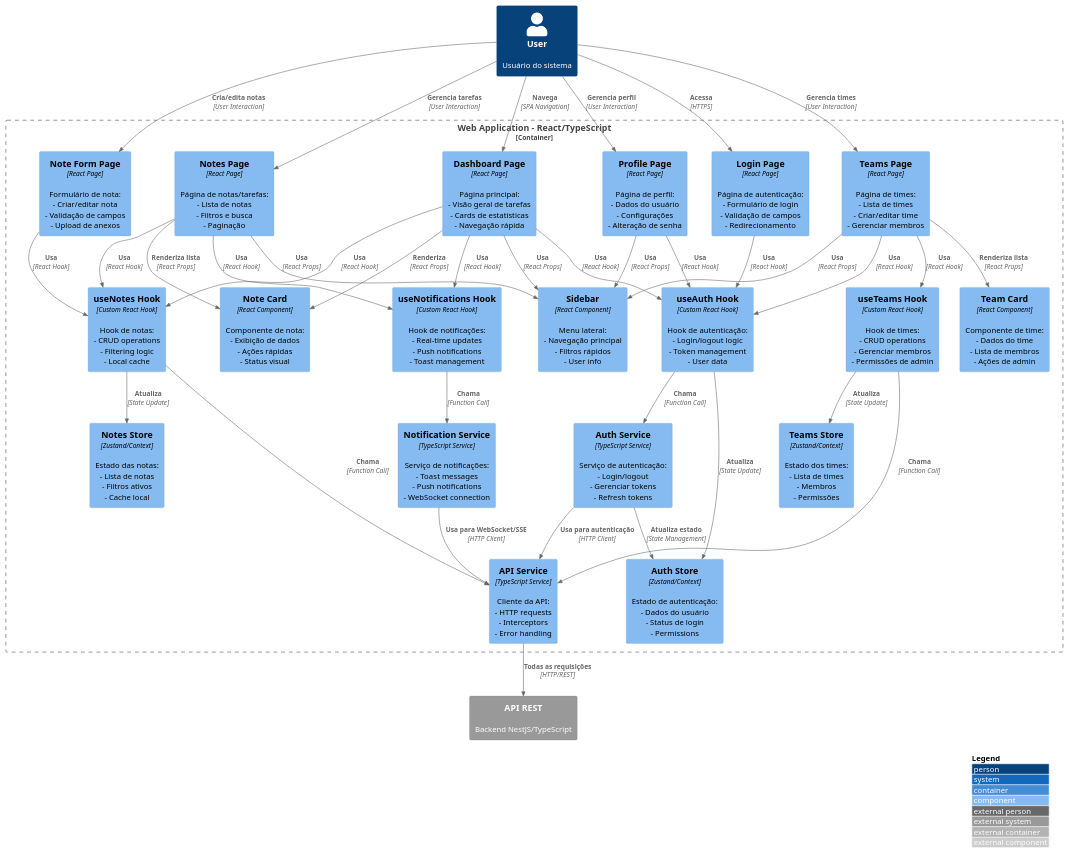
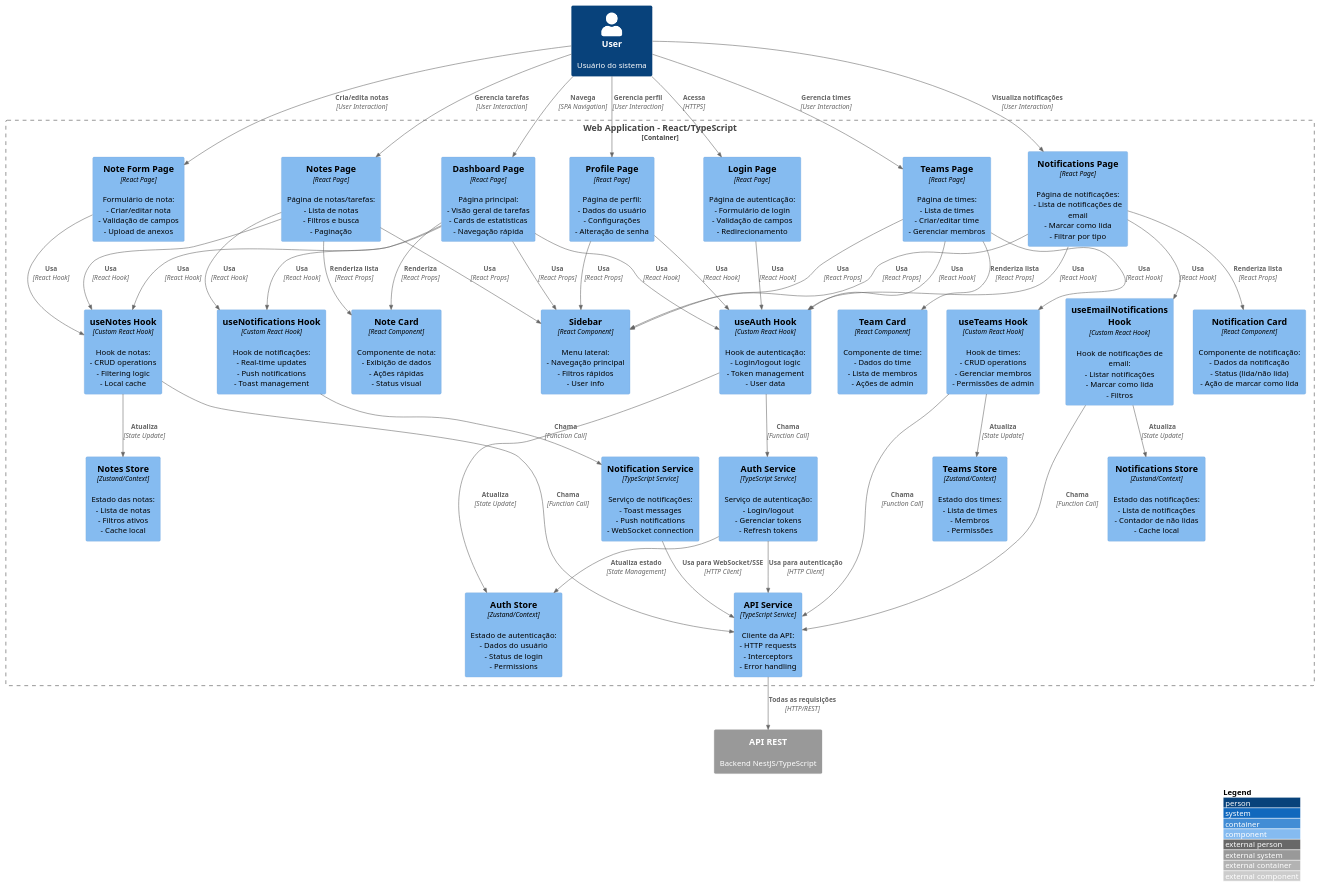
One commit to juliocesarfs/tjgo-projeto-software changed the diagram in diagramas c4/DIAGRAMA_C4_COMPONENT_WEB.puml. Above: the diagram before and after it, drawn with PlantUML. The commit also changed 2 other files, not shown here.

Commit message:
refactor diagrams

```diff
--- a/diagramas c4/DIAGRAMA_C4_COMPONENT_WEB.puml
+++ b/diagramas c4/DIAGRAMA_C4_COMPONENT_WEB.puml
@@ -1,141 +1,157 @@
 @startuml C4_Component_ControlTasks_WebApp
 
 !include https://raw.githubusercontent.com/plantuml-stdlib/C4-PlantUML/master/C4_Component.puml
 
 ' ============================================================================
 ' COMPONENT DIAGRAM - Level 3
 ' Control Tasks Web Application - Componentes React/TypeScript
 ' ============================================================================
 
 LAYOUT_WITH_LEGEND()
 
 Person(userPerson, "User", "Usuário do sistema")
 System_Ext(apiRest, "API REST", "Backend NestJS/TypeScript")
 
 Container_Boundary(webAppContainer, "Web Application - React/TypeScript") {
     
     ' ============================================================================
     ' LAYER: PAGES/ROUTES
     ' ============================================================================
     Component(loginPage, "Login Page", "React Page", "Página de autenticação:\n- Formulário de login\n- Validação de campos\n- Redirecionamento")
     
     Component(dashboardPage, "Dashboard Page", "React Page", "Página principal:\n- Visão geral de tarefas\n- Cards de estatísticas\n- Navegação rápida")
     
     Component(notesPage, "Notes Page", "React Page", "Página de notas/tarefas:\n- Lista de notas\n- Filtros e busca\n- Paginação")
     
     Component(noteFormPage, "Note Form Page", "React Page", "Formulário de nota:\n- Criar/editar nota\n- Validação de campos\n- Upload de anexos")
     
     Component(profilePage, "Profile Page", "React Page", "Página de perfil:\n- Dados do usuário\n- Configurações\n- Alteração de senha")
     
     Component(teamsPage, "Teams Page", "React Page", "Página de times:\n- Lista de times\n- Criar/editar time\n- Gerenciar membros")
+    
+    Component(notificationsPage, "Notifications Page", "React Page", "Página de notificações:\n- Lista de notificações de email\n- Marcar como lida\n- Filtrar por tipo")
 
     ' ============================================================================
     ' LAYER: COMPONENTS (UI)
     ' ============================================================================
     Component(noteCard, "Note Card", "React Component", "Componente de nota:\n- Exibição de dados\n- Ações rápidas\n- Status visual")
     
     Component(teamCard, "Team Card", "React Component", "Componente de time:\n- Dados do time\n- Lista de membros\n- Ações de admin")
+    
+    Component(notificationCard, "Notification Card", "React Component", "Componente de notificação:\n- Dados da notificação\n- Status (lida/não lida)\n- Ação de marcar como lida")
     
     Component(sidebar, "Sidebar", "React Component", "Menu lateral:\n- Navegação principal\n- Filtros rápidos\n- User info")
     
     ' ============================================================================
     ' LAYER: SERVICES
     ' ============================================================================
     Component(authService, "Auth Service", "TypeScript Service", "Serviço de autenticação:\n- Login/logout\n- Gerenciar tokens\n- Refresh tokens")
     
     Component(apiService, "API Service", "TypeScript Service", "Cliente da API:\n- HTTP requests\n- Interceptors\n- Error handling")
     
     Component(notificationService, "Notification Service", "TypeScript Service", "Serviço de notificações:\n- Toast messages\n- Push notifications\n- WebSocket connection")
 
     ' ============================================================================
     ' LAYER: STATE MANAGEMENT
     ' ============================================================================
     Component(authStore, "Auth Store", "Zustand/Context", "Estado de autenticação:\n- Dados do usuário\n- Status de login\n- Permissions")
     
     Component(notesStore, "Notes Store", "Zustand/Context", "Estado das notas:\n- Lista de notas\n- Filtros ativos\n- Cache local")
     
     Component(teamsStore, "Teams Store", "Zustand/Context", "Estado dos times:\n- Lista de times\n- Membros\n- Permissões")
     
+    Component(notificationsStore, "Notifications Store", "Zustand/Context", "Estado das notificações:\n- Lista de notificações\n- Contador de não lidas\n- Cache local")
+    
     ' ============================================================================
     ' LAYER: HOOKS
     ' ============================================================================
     Component(useAuth, "useAuth Hook", "Custom React Hook", "Hook de autenticação:\n- Login/logout logic\n- Token management\n- User data")
     
     Component(useNotes, "useNotes Hook", "Custom React Hook", "Hook de notas:\n- CRUD operations\n- Filtering logic\n- Local cache")
     
     Component(useNotifications, "useNotifications Hook", "Custom React Hook", "Hook de notificações:\n- Real-time updates\n- Push notifications\n- Toast management")
     
     Component(useTeams, "useTeams Hook", "Custom React Hook", "Hook de times:\n- CRUD operations\n- Gerenciar membros\n- Permissões de admin")
+    
+    Component(useEmailNotifications, "useEmailNotifications Hook", "Custom React Hook", "Hook de notificações de email:\n- Listar notificações\n- Marcar como lida\n- Filtros")
 }
 
 ' ============================================================================
 ' RELACIONAMENTOS EXTERNOS
 ' ============================================================================
 
 Rel(userPerson, loginPage, "Acessa", "HTTPS")
 Rel(userPerson, dashboardPage, "Navega", "SPA Navigation")
 Rel(userPerson, notesPage, "Gerencia tarefas", "User Interaction")
 Rel(userPerson, noteFormPage, "Cria/edita notas", "User Interaction")
 Rel(userPerson, profilePage, "Gerencia perfil", "User Interaction")
 Rel(userPerson, teamsPage, "Gerencia times", "User Interaction")
+Rel(userPerson, notificationsPage, "Visualiza notificações", "User Interaction")
 
 ' ============================================================================
 ' RELACIONAMENTOS - PAGES → COMPONENTS
 ' ============================================================================
 
 
 Rel(dashboardPage, sidebar, "Usa", "React Props")
 Rel(dashboardPage, noteCard, "Renderiza", "React Props")
 
 
 Rel(notesPage, sidebar, "Usa", "React Props")
 Rel(notesPage, noteCard, "Renderiza lista", "React Props")
 
 
 Rel(profilePage, sidebar, "Usa", "React Props")
 
 Rel(teamsPage, sidebar, "Usa", "React Props")
 Rel(teamsPage, teamCard, "Renderiza lista", "React Props")
 
+Rel(notificationsPage, sidebar, "Usa", "React Props")
+Rel(notificationsPage, notificationCard, "Renderiza lista", "React Props")
+
 ' ============================================================================
 ' RELACIONAMENTOS - PAGES → HOOKS
 ' ============================================================================
 
 Rel(loginPage, useAuth, "Usa", "React Hook")
 Rel(dashboardPage, useAuth, "Usa", "React Hook")
 Rel(dashboardPage, useNotes, "Usa", "React Hook")
 Rel(notesPage, useNotes, "Usa", "React Hook")
 Rel(noteFormPage, useNotes, "Usa", "React Hook")
 Rel(profilePage, useAuth, "Usa", "React Hook")
 Rel(dashboardPage, useNotifications, "Usa", "React Hook")
 Rel(notesPage, useNotifications, "Usa", "React Hook")
 Rel(teamsPage, useTeams, "Usa", "React Hook")
 Rel(teamsPage, useAuth, "Usa", "React Hook")
+Rel(notificationsPage, useEmailNotifications, "Usa", "React Hook")
+Rel(notificationsPage, useAuth, "Usa", "React Hook")
 
 ' ============================================================================
 ' RELACIONAMENTOS - HOOKS → SERVICES & STORES
 ' ============================================================================
 
 Rel(useAuth, authService, "Chama", "Function Call")
 Rel(useAuth, authStore, "Atualiza", "State Update")
 Rel(useNotes, apiService, "Chama", "Function Call")
 Rel(useNotes, notesStore, "Atualiza", "State Update")
 Rel(useNotifications, notificationService, "Chama", "Function Call")
 Rel(useTeams, apiService, "Chama", "Function Call")
 Rel(useTeams, teamsStore, "Atualiza", "State Update")
+Rel(useEmailNotifications, apiService, "Chama", "Function Call")
+Rel(useEmailNotifications, notificationsStore, "Atualiza", "State Update")
 
 ' ============================================================================
 ' RELACIONAMENTOS - SERVICES → STORES
 ' ============================================================================
 
 Rel(authService, authStore, "Atualiza estado", "State Management")
 
 ' ============================================================================
 ' RELACIONAMENTOS - SERVICES → API EXTERNA
 ' ============================================================================
 
 Rel(authService, apiService, "Usa para autenticação", "HTTP Client")
 Rel(notificationService, apiService, "Usa para WebSocket/SSE", "HTTP Client")
 Rel(apiService, apiRest, "Todas as requisições", "HTTP/REST")
 
 @enduml
```
